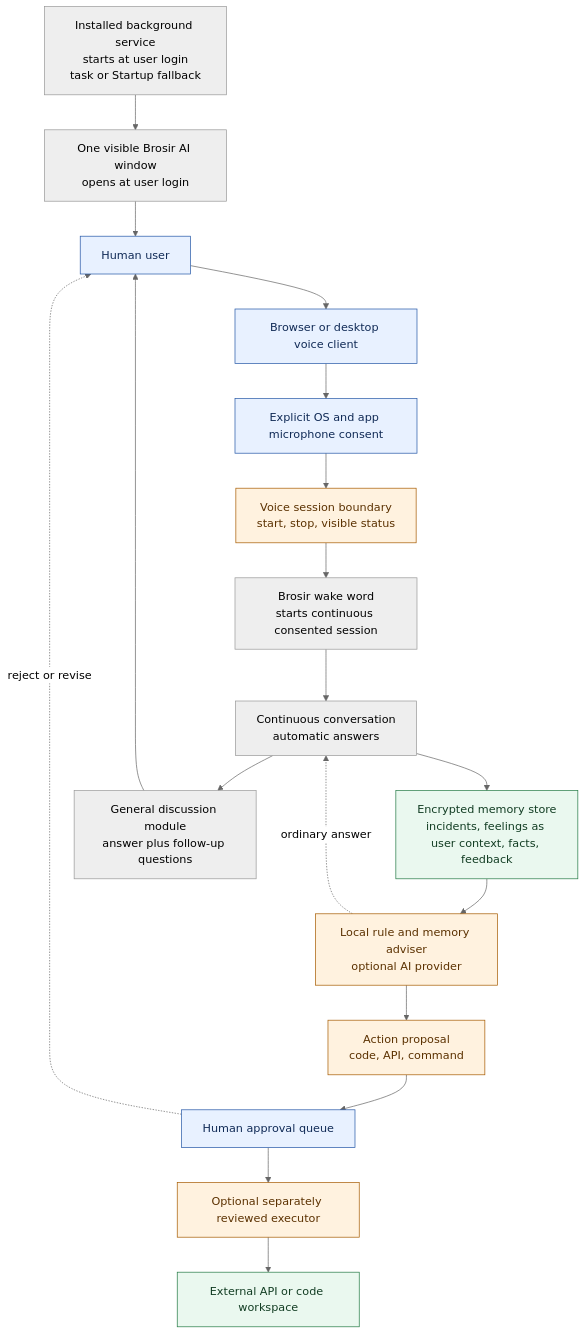
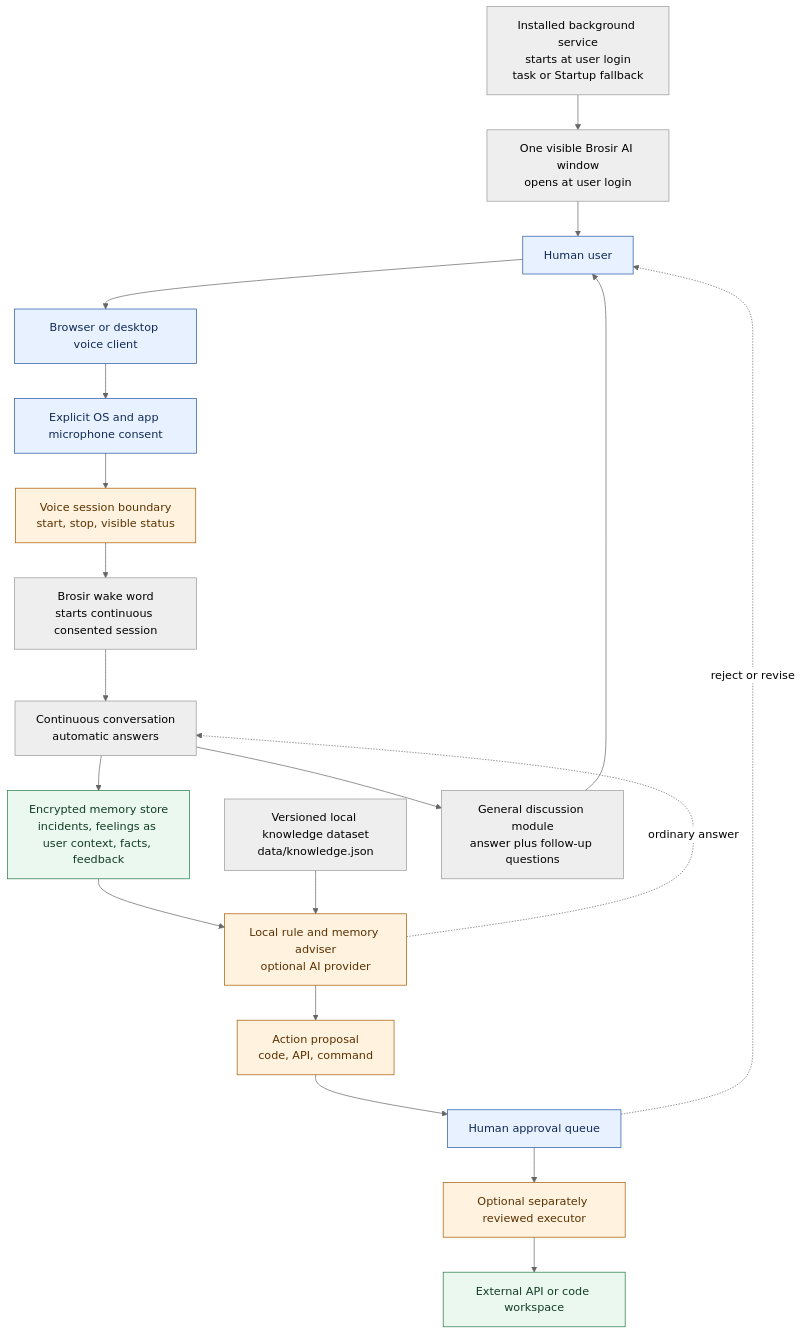
One commit to Somasundaram004/human-advisor-ai changed the diagram in docs/architecture.md. Above: the diagram before and after it, drawn with Mermaid (neutral theme). The commit also changed 5 other files, not shown here.

First line of the commit message:
feat: TEST01 add local answer knowledge dataset

````diff
--- a/docs/architecture.md
+++ b/docs/architecture.md
@@ -3,33 +3,35 @@
 ```mermaid
 flowchart TB
     human[Human user]
     service[Installed background service<br/>starts at user login<br/>task or Startup fallback]
     window[One visible Brosir AI window<br/>opens at user login]
     client[Browser or desktop voice client]
     consent[Explicit OS and app microphone consent]
     voice[Voice session boundary<br/>start, stop, visible status]
     wake[Brosir wake word<br/>starts continuous consented session]
     conversation[Continuous conversation<br/>automatic answers]
     memory[Encrypted memory store<br/>incidents, feelings as user context, facts, feedback]
+    dataset[Versioned local knowledge dataset<br/>data/knowledge.json]
     adviser[Local rule and memory adviser<br/>optional AI provider]
     discussion[General discussion module<br/>answer plus follow-up questions]
     proposal[Action proposal<br/>code, API, command]
     approval[Human approval queue]
     executor[Optional separately reviewed executor]
     api[External API or code workspace]
 
     service --> window --> human
     human --> client --> consent --> voice --> wake
     wake --> conversation --> memory --> adviser
+    dataset --> adviser
     conversation --> discussion --> human
     adviser --> proposal --> approval --> executor --> api
     adviser -. ordinary answer .-> conversation
     approval -. reject or revise .-> human
 
     classDef human fill:#e8f1ff,stroke:#2457a6,color:#102a56
     classDef control fill:#fff2df,stroke:#a65b00,color:#5b3100
     classDef data fill:#eaf8ef,stroke:#237a44,color:#123d23
     class human,client,consent,approval human
     class voice,adviser,proposal,executor control
     class memory,api data
 ```
````
